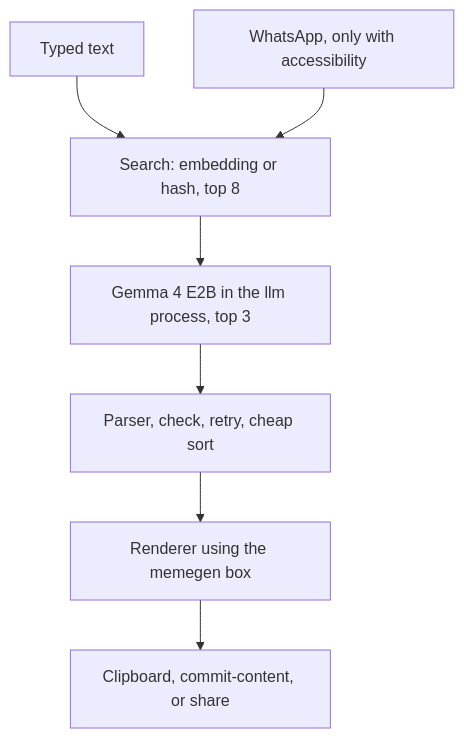
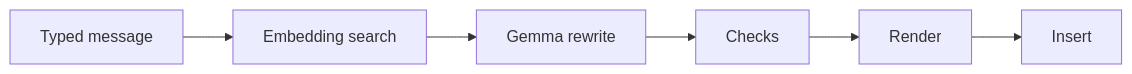
Before and after one commit to slickdajackson/MemEm: the diagram in README.md, drawn with Mermaid. The commit also changed other lines of this file, not shown here.

First line of the commit message:
Rewrite the README for the project home page.

````diff
--- a/README.md
+++ b/README.md
@@ -48,16 +49,8 @@
 ```mermaid
-flowchart TD
-    typed[Typed text]
-    chat[WhatsApp, only with accessibility]
-    search[Search: embedding or hash, top 8]
-    gemma[Gemma 4 E2B in the llm process, top 3]
-    check[Parser, check, retry, cheap sort]
-    render[Renderer using the memegen box]
-    field[Clipboard, commit-content, or share]
-    typed --> search
-    chat --> search
-    search --> gemma
-    gemma --> check
-    check --> render
-    render --> field
+flowchart LR
+    typed[Typed message] --> search[Embedding search]
+    search --> gemma[Gemma rewrite]
+    gemma --> checks[Checks]
+    checks --> render[Render]
+    render --> insert[Insert]
 ```
````
